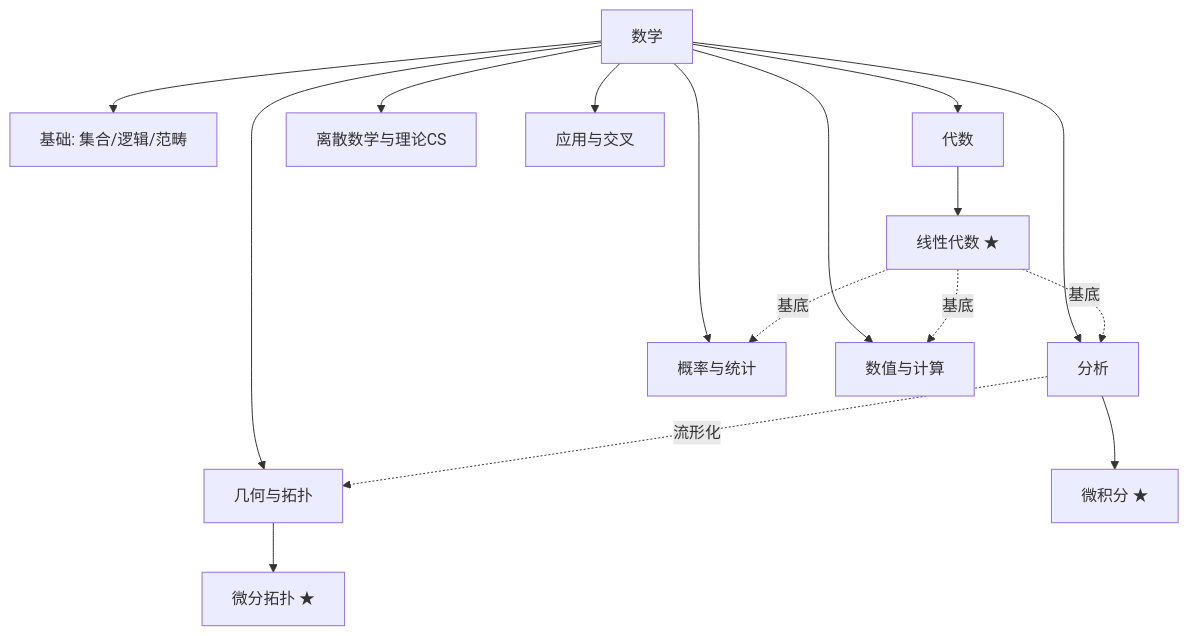
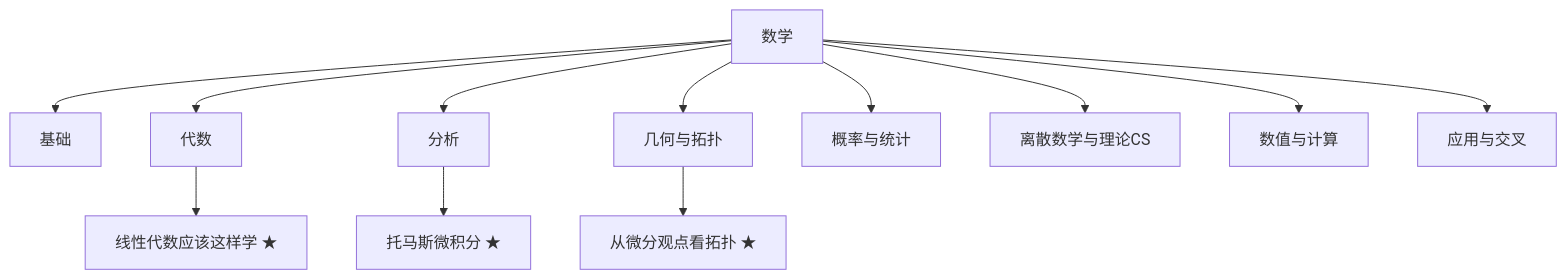
One commit to lyp0746/lyp-notes changed the diagram in 数学大地图.md. Above: the diagram before and after it, drawn with Mermaid. The commit also changed other lines of this file and 13 other files, not shown here.

Commit message:
新增 update-map.mjs（配置驱动自动重建 Canvas+地图分支块）与 map.config.json；收录两份 Sider 对话并提炼主题页（微积分基本定理的普适性 / 拓扑与分析概念辨析）；同步 skill 与 AGENTS

````diff
--- a/数学大地图.md
+++ b/数学大地图.md
@@ -29,18 +30,15 @@
 ```mermaid
 graph TD
-  M[数学] --> F[基础: 集合/逻辑/范畴]
-  M --> A[代数]
-  M --> AN[分析]
-  M --> G[几何与拓扑]
-  M --> P[概率与统计]
-  M --> D[离散数学与理论CS]
-  M --> N[数值与计算]
-  M --> AP[应用与交叉]
-  A --> LA[线性代数 ★]
-  AN --> CA[微积分 ★]
-  G --> DT[微分拓扑 ★]
-  LA -. 基底 .-> AN
-  LA -. 基底 .-> N
-  LA -. 基底 .-> P
-  AN -. 流形化 .-> G
+  M[数学]
+  M --> base[基础]
+  M --> alg[代数]
+  alg --> LA[线性代数应该这样学 ★]
+  M --> ana[分析]
+  ana --> CA[托马斯微积分 ★]
+  M --> geo[几何与拓扑]
+  geo --> DT[从微分观点看拓扑 ★]
+  M --> prob[概率与统计]
+  M --> disc[离散数学与理论CS]
+  M --> num[数值与计算]
+  M --> app[应用与交叉]
 ```
````
